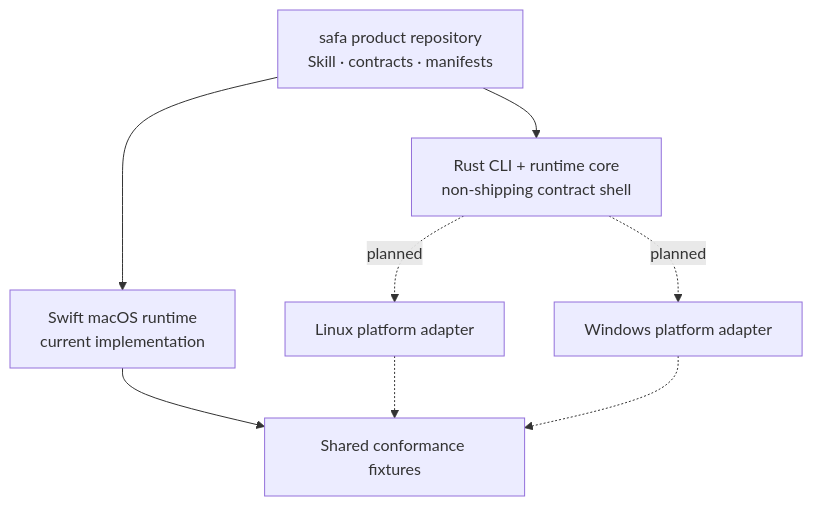
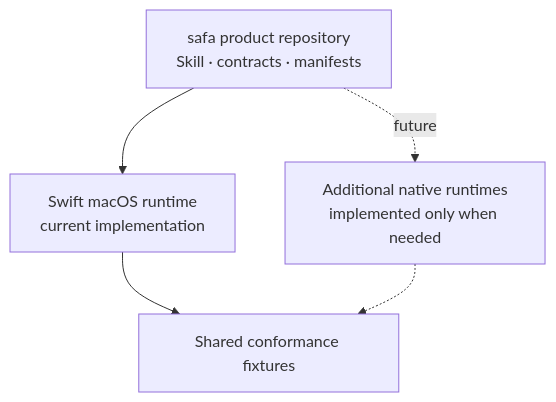
The first of 2 diagrams in ARCHITECTURE.md (juju-w/safa-runtime), drawn with Mermaid before and after one commit. The commit also changed other lines of this file and 22 other files, not shown here.

Commit message:
refactor(runtime): remove speculative Rust launcher

````diff
--- a/ARCHITECTURE.md
+++ b/ARCHITECTURE.md
@@ -17,11 +17,8 @@
 ```mermaid
 flowchart TB
     Product["safa product repository\nSkill · contracts · manifests"]
     Product --> Mac["Swift macOS runtime\ncurrent implementation"]
-    Product --> Rust["Rust CLI + runtime core\nnon-shipping contract shell"]
-    Rust -. planned .-> Linux["Linux platform adapter"]
-    Rust -. planned .-> Windows["Windows platform adapter"]
     Mac --> Contract["Shared conformance fixtures"]
-    Linux -.-> Contract
-    Windows -.-> Contract
+    Product -. future .-> Other["Additional native runtimes\nimplemented only when needed"]
+    Other -.-> Contract
 ```
````
